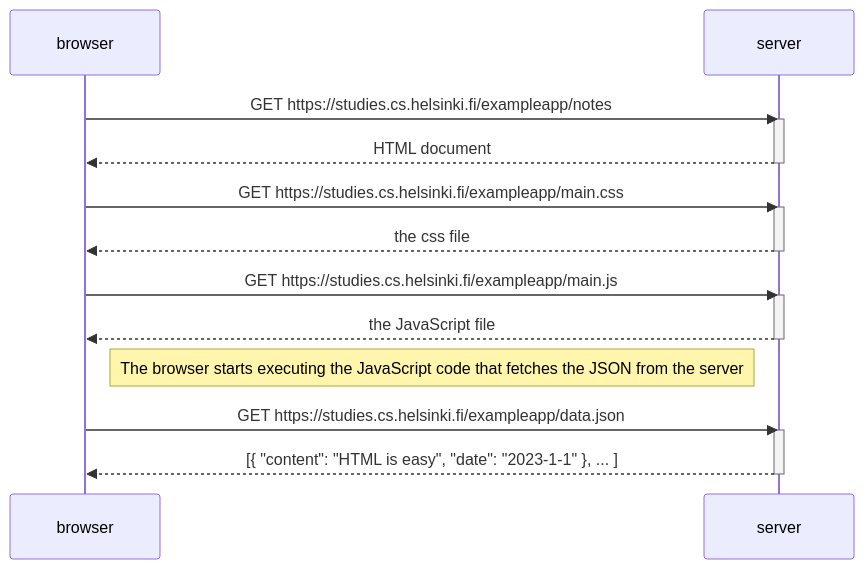
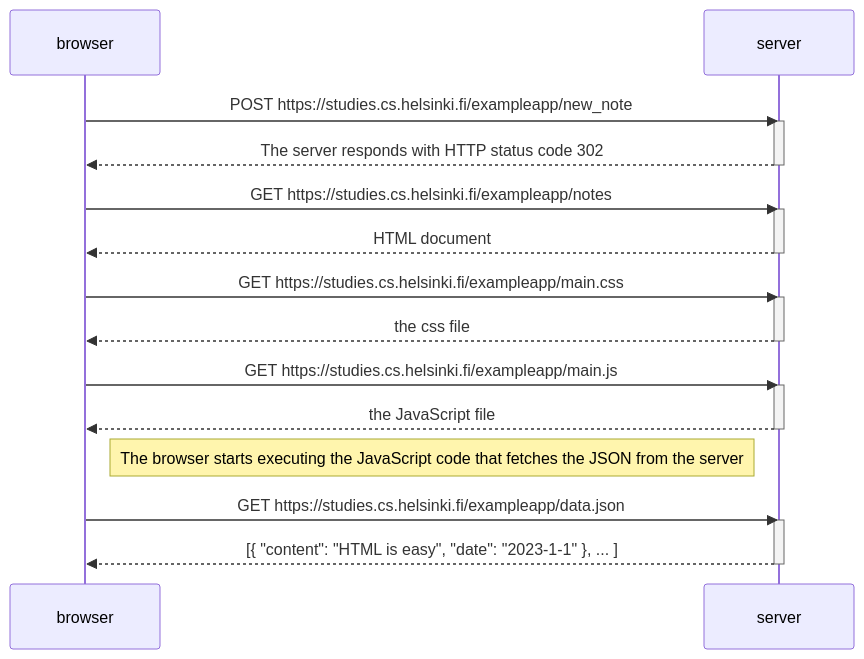
Before and after one commit to MlodyFati/Fullstack-allparts: the diagram in folder/task04.md, drawn with Mermaid.

Commit message:
Add new_note

````diff
--- a/folder/task04.md
+++ b/folder/task04.md
@@ -1,27 +1,35 @@
 ```mermaid
 sequenceDiagram
     participant browser
     participant server
+
+    browser->>server: POST https://studies.cs.helsinki.fi/exampleapp/new_note
+    activate server
+    server-->>browser:  The server responds with HTTP status code 302
+    deactivate server
 
     browser->>server: GET https://studies.cs.helsinki.fi/exampleapp/notes
     activate server
     server-->>browser: HTML document
     deactivate server
 
     browser->>server: GET https://studies.cs.helsinki.fi/exampleapp/main.css
     activate server
     server-->>browser: the css file
     deactivate server
 
     browser->>server: GET https://studies.cs.helsinki.fi/exampleapp/main.js
     activate server
     server-->>browser: the JavaScript file
     deactivate server
 
     Note right of browser: The browser starts executing the JavaScript code that fetches the JSON from the server
 
     browser->>server: GET https://studies.cs.helsinki.fi/exampleapp/data.json
     activate server
     server-->>browser: [{ "content": "HTML is easy", "date": "2023-1-1" }, ... ]
     deactivate server
+
+
+
 ```
````
